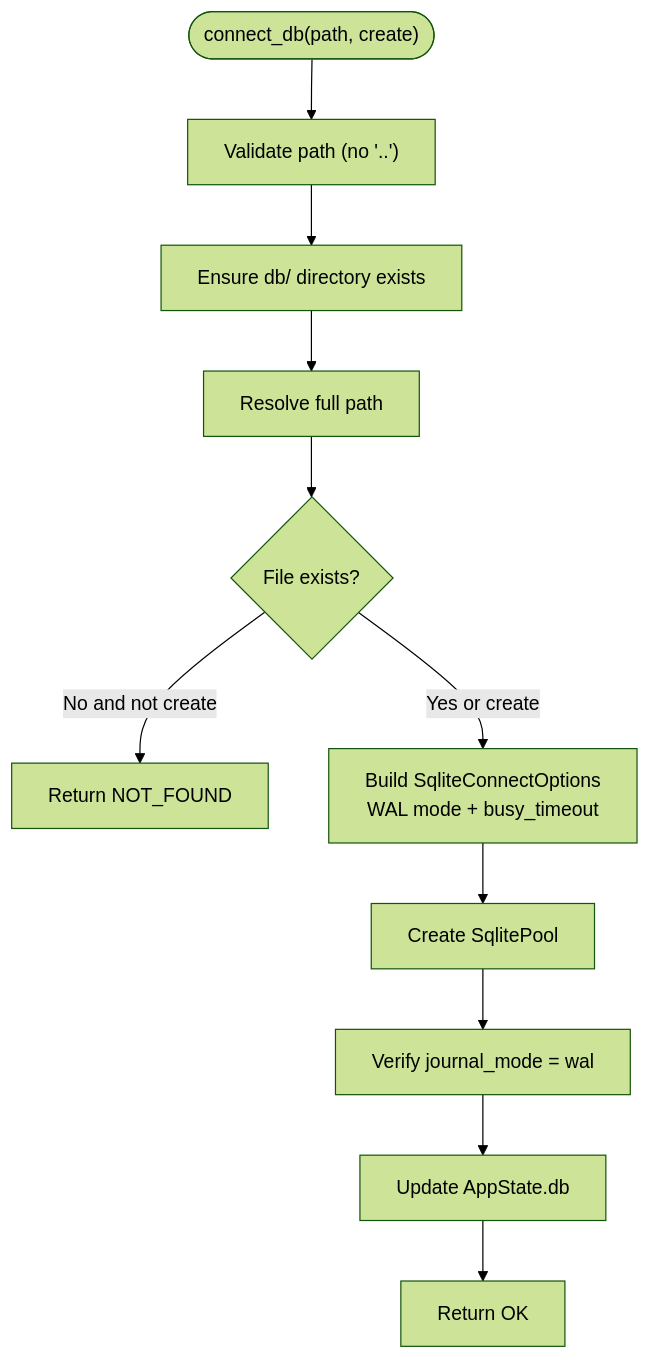
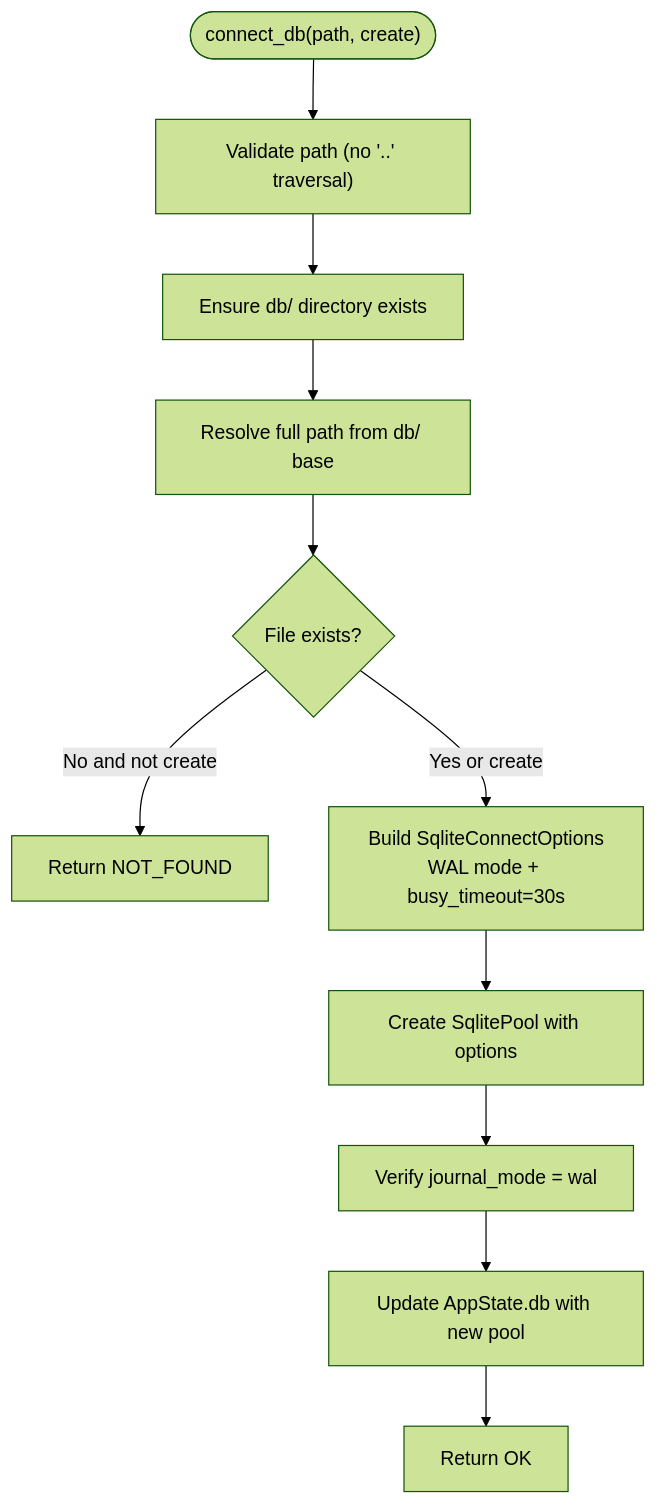
The fifth of 10 diagrams in .qoder/repowiki/en/content/Architecture & Design.md (sutanto1010/crablite), drawn with Mermaid (forest theme) before and after one commit. The commit also changed other lines of this file and 7 other files, not shown here.

First line of the commit message:
docs(architecture): update detailed system architecture and documentation

````diff
--- a/.qoder/repowiki/en/content/Architecture & Design.md
+++ b/.qoder/repowiki/en/content/Architecture & Design.md
@@ -216,13 +229,13 @@
 ```mermaid
 flowchart TD
-Start(["connect_db(path, create)"]) --> CheckPath["Validate path (no '..')"]
+Start(["connect_db(path, create)"]) --> CheckPath["Validate path (no '..' traversal)"]
 CheckPath --> EnsureDir["Ensure db/ directory exists"]
-EnsureDir --> ResolvePath["Resolve full path"]
+EnsureDir --> ResolvePath["Resolve full path from db/ base"]
 ResolvePath --> Exists{"File exists?"}
 Exists --> |No and not create| NotFound["Return NOT_FOUND"]
-Exists --> |Yes or create| BuildOptions["Build SqliteConnectOptions<br/>WAL mode + busy_timeout"]
-BuildOptions --> Connect["Create SqlitePool"]
+Exists --> |Yes or create| BuildOptions["Build SqliteConnectOptions<br/>WAL mode + busy_timeout=30s"]
+BuildOptions --> Connect["Create SqlitePool with options"]
 Connect --> VerifyWAL["Verify journal_mode = wal"]
-VerifyWAL --> UpdateState["Update AppState.db"]
+VerifyWAL --> UpdateState["Update AppState.db with new pool"]
 UpdateState --> Ok["Return OK"]
 ```
````
